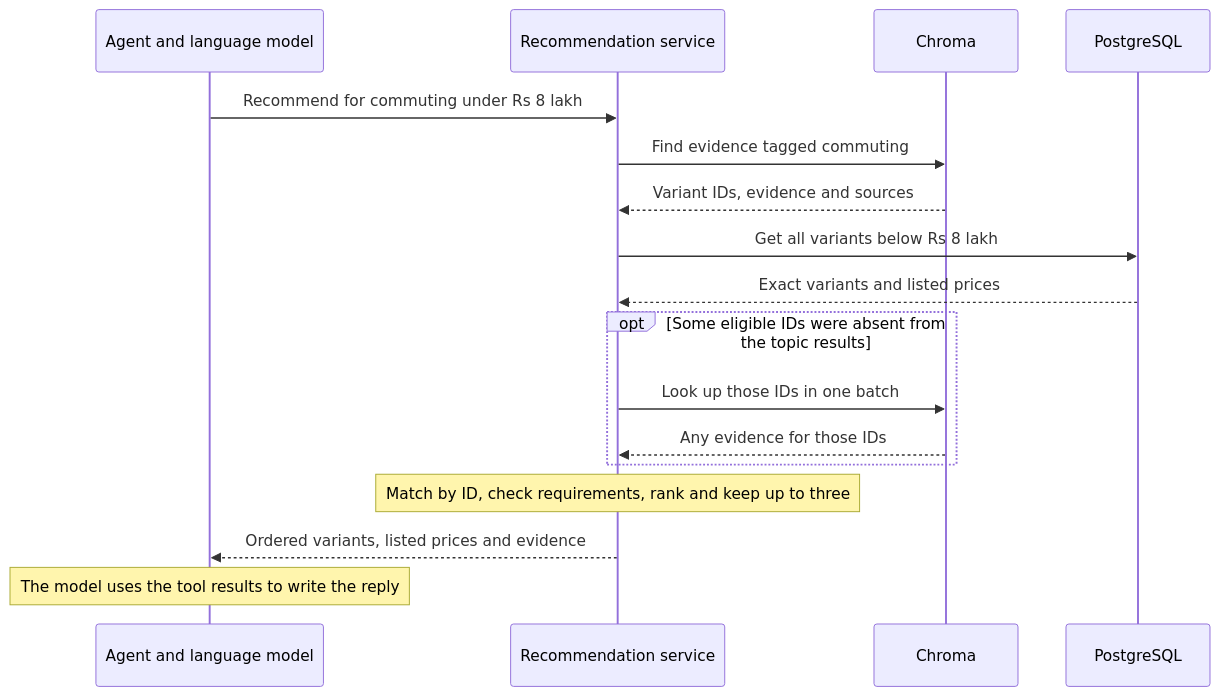
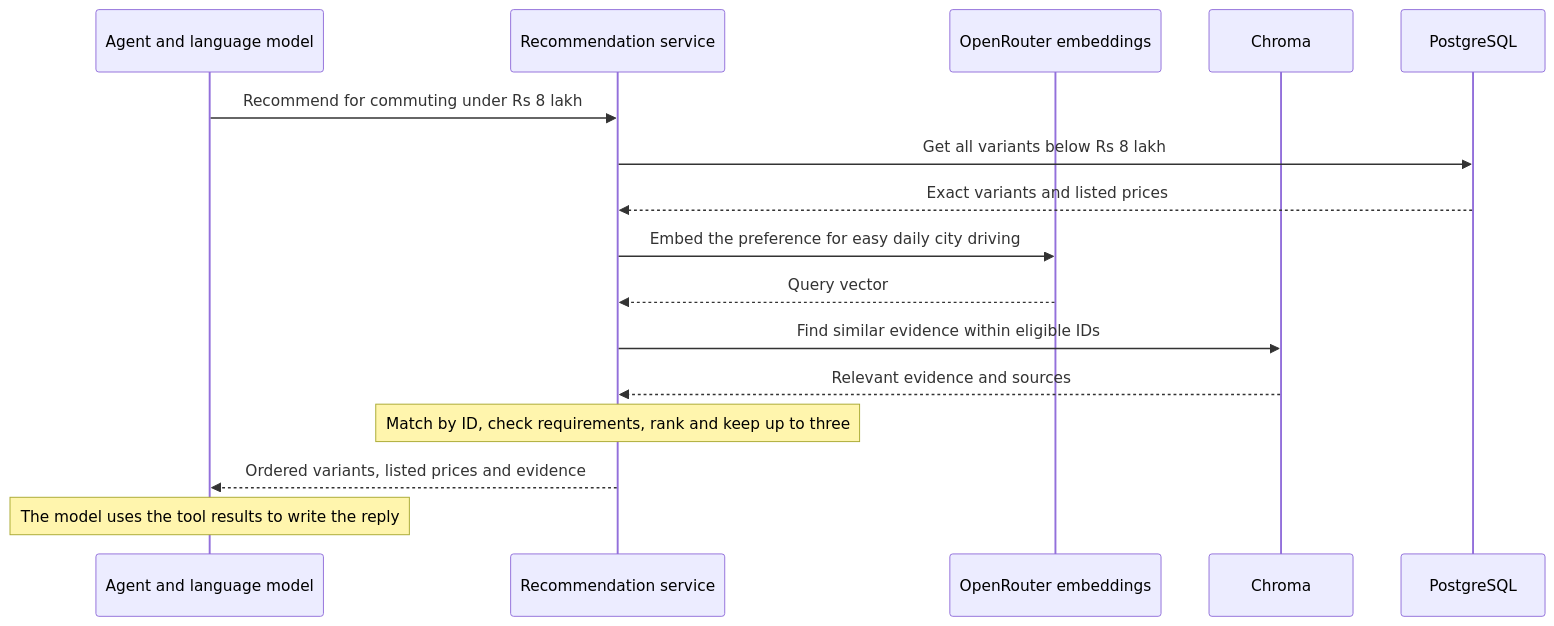
One commit to JeffreyGian-code/Aurion-Agentic-Sales_Assistant changed the third of 3 diagrams in docs/system-architecture-and-rag.md. Above: the diagram before and after it, drawn with Mermaid. The commit also changed other lines of this file and 17 other files, not shown here.

````diff
--- a/docs/system-architecture-and-rag.md
+++ b/docs/system-architecture-and-rag.md
@@ -72,20 +73,19 @@
 ```mermaid
 sequenceDiagram
     participant A as Agent and language model
     participant R as Recommendation service
+    participant E as OpenRouter embeddings
     participant C as Chroma
     participant P as PostgreSQL
 
     A->>R: Recommend for commuting under Rs 8 lakh
-    R->>C: Find evidence tagged commuting
-    C-->>R: Variant IDs, evidence and sources
     R->>P: Get all variants below Rs 8 lakh
     P-->>R: Exact variants and listed prices
-    opt Some eligible IDs were absent from the topic results
-        R->>C: Look up those IDs in one batch
-        C-->>R: Any evidence for those IDs
-    end
+    R->>E: Embed the preference for easy daily city driving
+    E-->>R: Query vector
+    R->>C: Find similar evidence within eligible IDs
+    C-->>R: Relevant evidence and sources
     Note over R: Match by ID, check requirements, rank and keep up to three
     R-->>A: Ordered variants, listed prices and evidence
     Note over A: The model uses the tool results to write the reply
 ```
````
